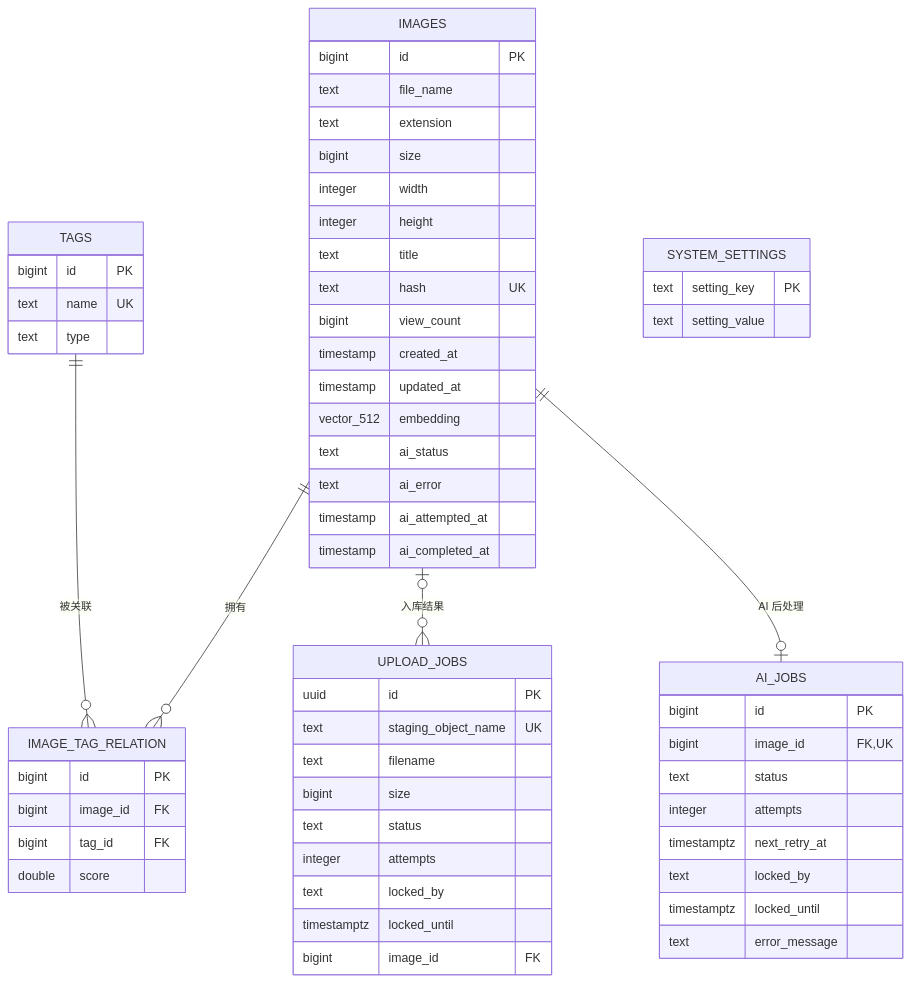
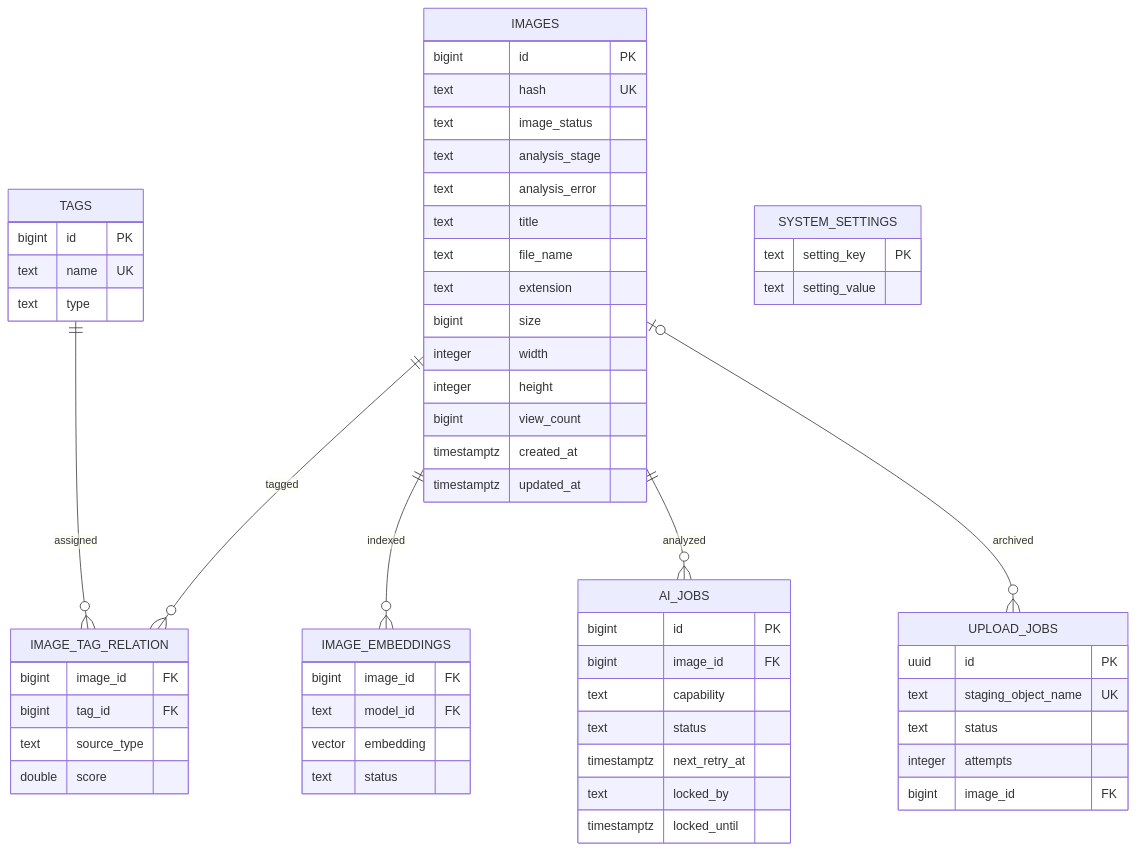
Before and after one commit to tamakara/bakabooru: the diagram in docs/data-model.md, drawn with Mermaid. The commit also changed other lines of this file and 161 other files, not shown here.

````diff
--- a/docs/data-model.md
+++ b/docs/data-model.md
@@ -7,68 +7,61 @@
 ```mermaid
 erDiagram
-    IMAGES ||--o{ IMAGE_TAG_RELATION : "拥有"
-    TAGS ||--o{ IMAGE_TAG_RELATION : "被关联"
-
+    IMAGES ||--o{ IMAGE_TAG_RELATION : tagged
+    TAGS ||--o{ IMAGE_TAG_RELATION : assigned
+    IMAGES ||--o{ IMAGE_EMBEDDINGS : indexed
+    IMAGES ||--o{ AI_JOBS : analyzed
+    IMAGES o|--o{ UPLOAD_JOBS : archived
     IMAGES {
         bigint id PK
+        text hash UK
+        text image_status
+        text analysis_stage
+        text analysis_error
+        text title
         text file_name
         text extension
         bigint size
         integer width
         integer height
-        text title
-        text hash UK
         bigint view_count
-        timestamp created_at
-        timestamp updated_at
-        vector_512 embedding
-        text ai_status
-        text ai_error
-        timestamp ai_attempted_at
-        timestamp ai_completed_at
+        timestamptz created_at
+        timestamptz updated_at
     }
-
     TAGS {
         bigint id PK
         text name UK
         text type
     }
-
     IMAGE_TAG_RELATION {
+        bigint image_id FK
+        bigint tag_id FK
+        text source_type
+        double score
+    }
+    IMAGE_EMBEDDINGS {
+        bigint image_id FK
+        text model_id FK
+        vector embedding
+        text status
+    }
+    UPLOAD_JOBS {
+        uuid id PK
+        text staging_object_name UK
+        text status
+        integer attempts
+        bigint image_id FK
+    }
+    AI_JOBS {
         bigint id PK
         bigint image_id FK
-        bigint tag_id FK
-        double score
+        text capability
+        text status
+        timestamptz next_retry_at
+        text locked_by
+        timestamptz locked_until
     }
-
     SYSTEM_SETTINGS {
         text setting_key PK
         text setting_value
     }
-
-    UPLOAD_JOBS {
-        uuid id PK
-        text staging_object_name UK
-        text filename
-        bigint size
-        text status
-        integer attempts
-        text locked_by
-        timestamptz locked_until
-        bigint image_id FK
-    }
-
-    IMAGES o|--o{ UPLOAD_JOBS : "入库结果"
-    IMAGES ||--o| AI_JOBS : "AI 后处理"
-
-    AI_JOBS {
-        bigint id PK
-        bigint image_id FK,UK
-        text status
-        integer attempts
-        timestamptz next_retry_at
-        text locked_by
-        timestamptz locked_until
-        text error_message
-    }
 ```
````
